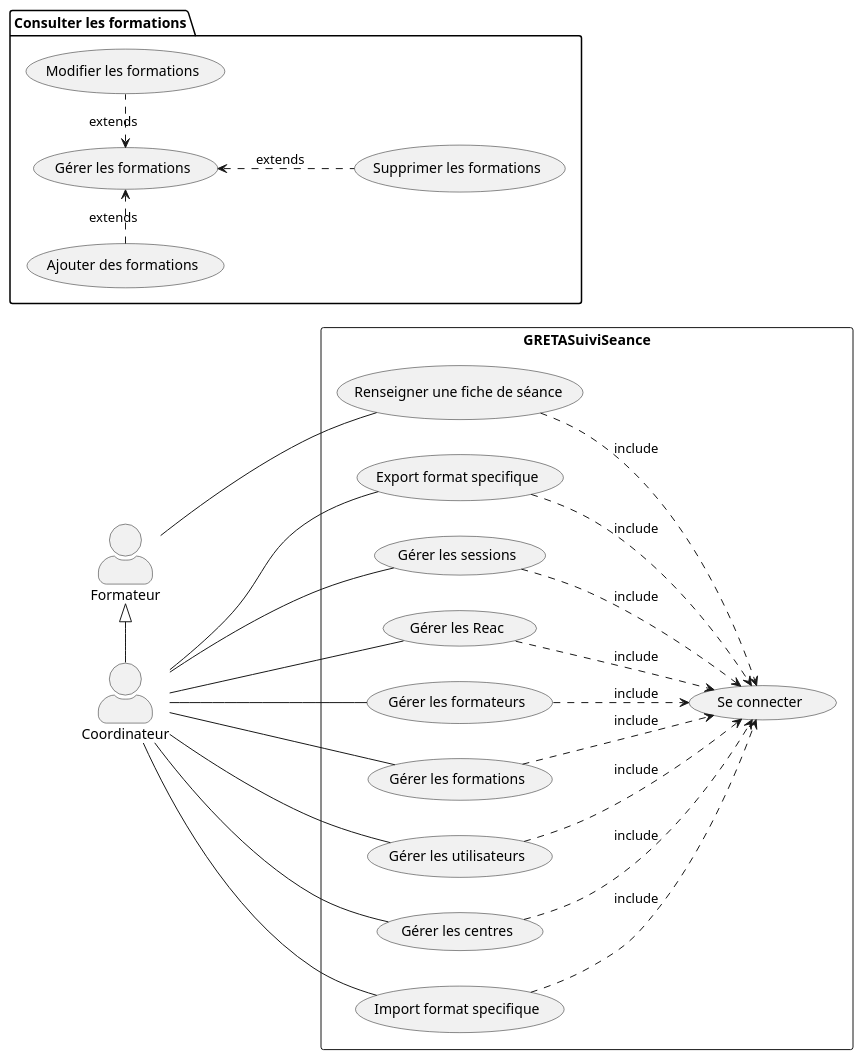
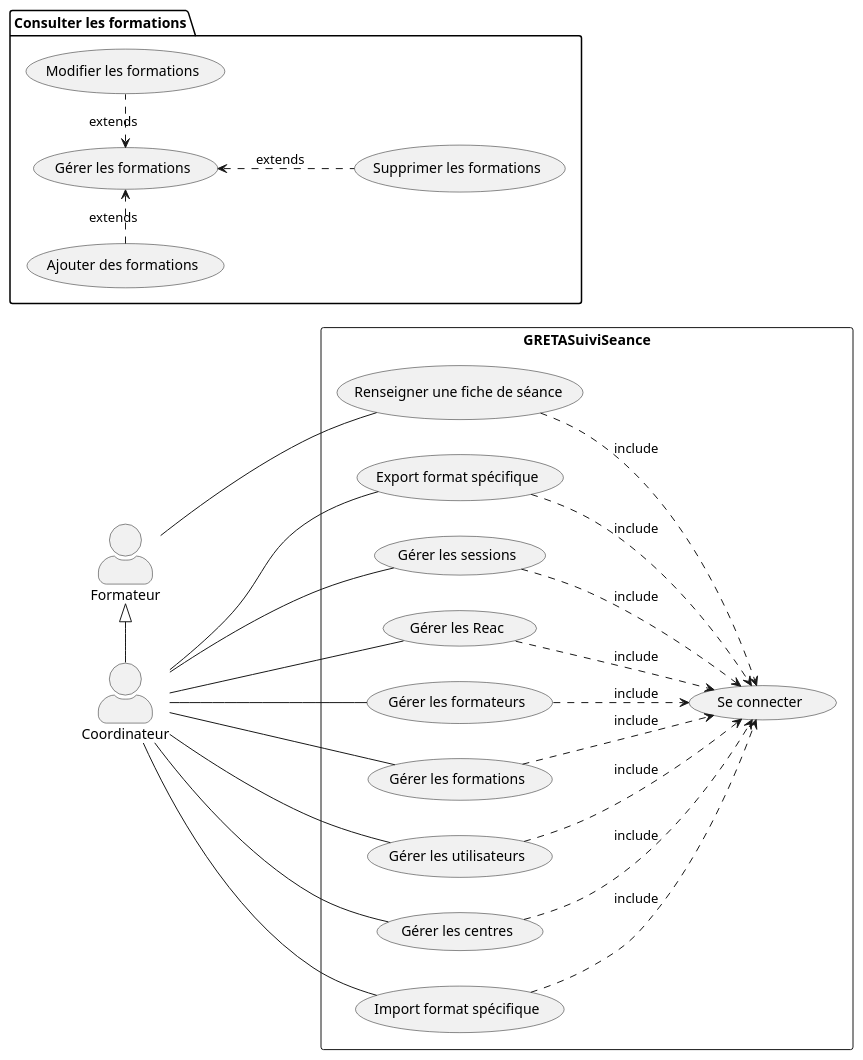
One commit to GreenHawk-99/AppGreta changed the diagram in doc/puml/UseCase.puml. Above: the diagram before and after it, drawn with PlantUML. The commit also changed 10 other files, not shown here.

```diff
--- a/doc/puml/UseCase.puml
+++ b/doc/puml/UseCase.puml
@@ -1,51 +1,51 @@
 @startuml
 '!theme hacker
 
 left to right direction
 skinparam actorStyle awesome
 'note top of GRETASuiviSeance: test
 actor "Formateur" as forma
 actor "Coordinateur" as coor
 'actor "Visiteur" as vis
 rectangle GRETASuiviSeance {
   usecase "Renseigner une fiche de séance" as UC1
   usecase "Se connecter" as UC2
-  usecase "Export format specifique" as UC3
+  usecase "Export format spécifique" as UC3
   usecase "Gérer les sessions" as UC4
   usecase "Gérer les Reac" as UC5
   usecase "Gérer les formateurs" as UC6
   usecase "Gérer les formations" as UC10
   usecase "Gérer les utilisateurs" as UC11
   usecase "Gérer les centres" as UC12
-  usecase "Import format specifique" as UC13
+  usecase "Import format spécifique" as UC13
 }
 'vis --- UC2
 forma <|- coor
 forma - UC1
 UC1 ..> UC2 :include
 coor -- UC3
 coor -- UC4
 coor -- UC5
 coor -- UC6
 coor -- UC10
 coor -- UC11
 coor -- UC12
 coor -- UC13
 
 UC3 ..> UC2 :include
 UC4 ..> UC2 :include
 UC5 ..> UC2 :include
 UC6 ..> UC2 :include
 UC10 ..> UC2 :include
 UC11 ..> UC2 :include
 UC12 ..> UC2 :include
 UC13 ..> UC2 :include
 
 
 package "Consulter les formations" {
 
   (Gérer les formations) <. (Modifier les formations) : extends
   (Ajouter des formations) .> (Gérer les formations) : extends
 (Gérer les formations) <.. (Supprimer les formations) : extends
 }
 @enduml
```
